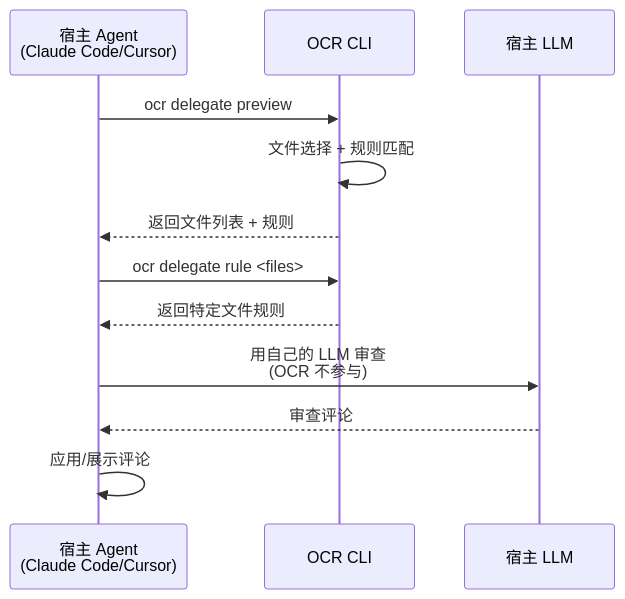
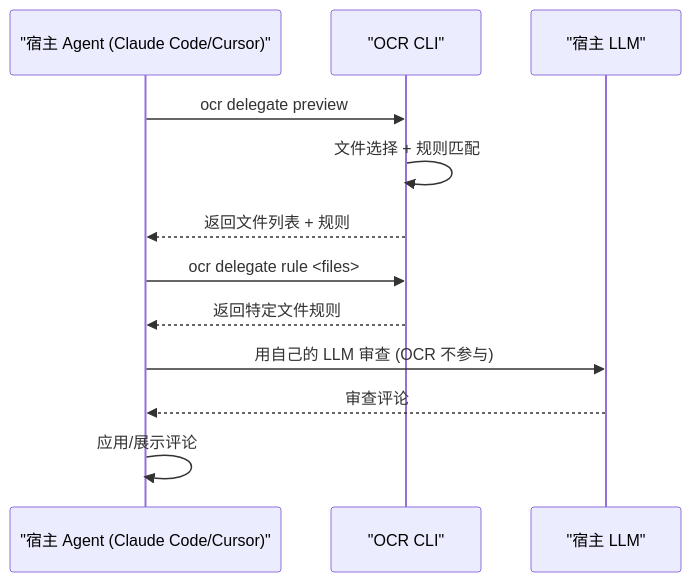
One commit to awesome-flexloop/awesome-okf changed the second of 2 diagrams in doc/bundles/jishu/ai/products/open-code-review/references/cli-reference.md. Above: the diagram before and after it, drawn with Mermaid. The commit also changed other lines of this file and 10 other files, not shown here.

First line of the commit message:
docs(bundle): 清偿 Open Code Review 存量 Mermaid 违规避免规范漂移累积

````diff
--- a/doc/bundles/jishu/ai/products/open-code-review/references/cli-reference.md
+++ b/doc/bundles/jishu/ai/products/open-code-review/references/cli-reference.md
@@ -462,15 +453,14 @@
 ```mermaid
 sequenceDiagram
-    participant Host as 宿主 Agent<br/>(Claude Code/Cursor)
-    participant OCR as OCR CLI
-    participant LLM as 宿主 LLM
-
+    participant Host as "宿主 Agent (Claude Code/Cursor)"
+    participant OCR as "OCR CLI"
+    participant LLM as "宿主 LLM"
     Host->>OCR: ocr delegate preview
     OCR->>OCR: 文件选择 + 规则匹配
     OCR-->>Host: 返回文件列表 + 规则
     Host->>OCR: ocr delegate rule <files>
     OCR-->>Host: 返回特定文件规则
-    Host->>LLM: 用自己的 LLM 审查<br/>(OCR 不参与)
+    Host->>LLM: 用自己的 LLM 审查 (OCR 不参与)
     LLM-->>Host: 审查评论
     Host->>Host: 应用/展示评论
 ```
````
